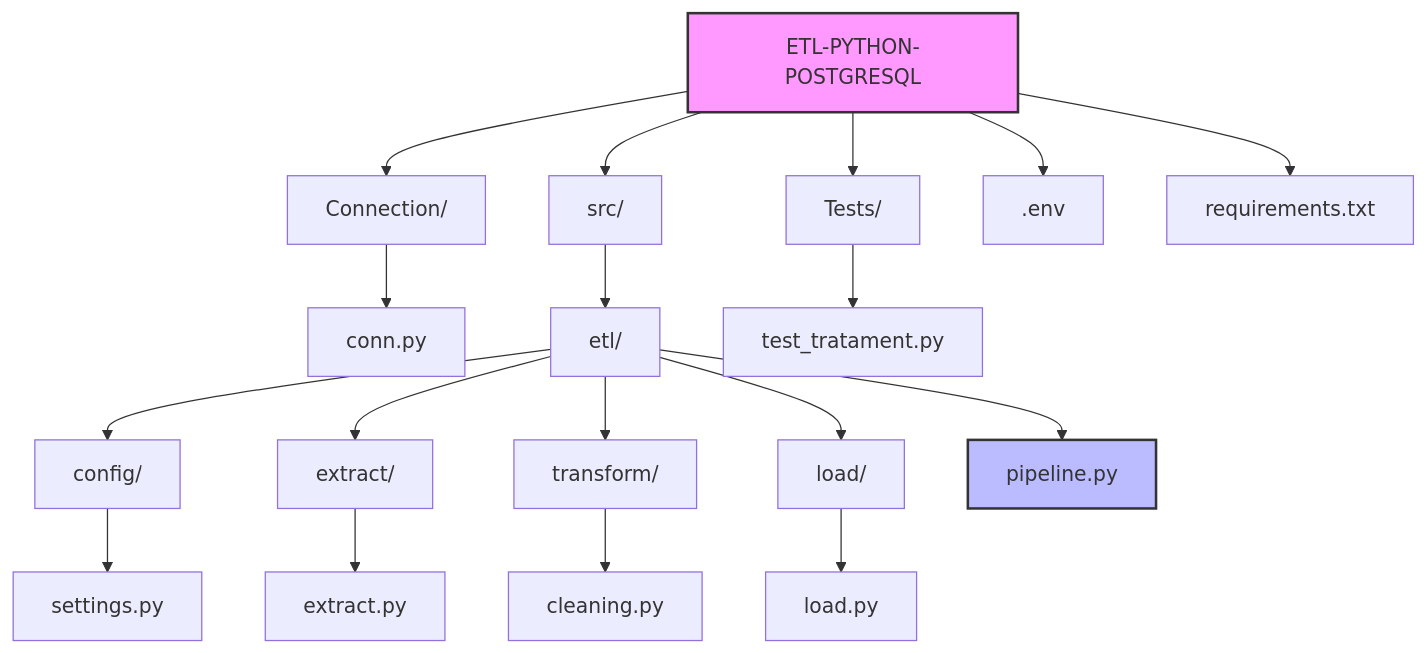
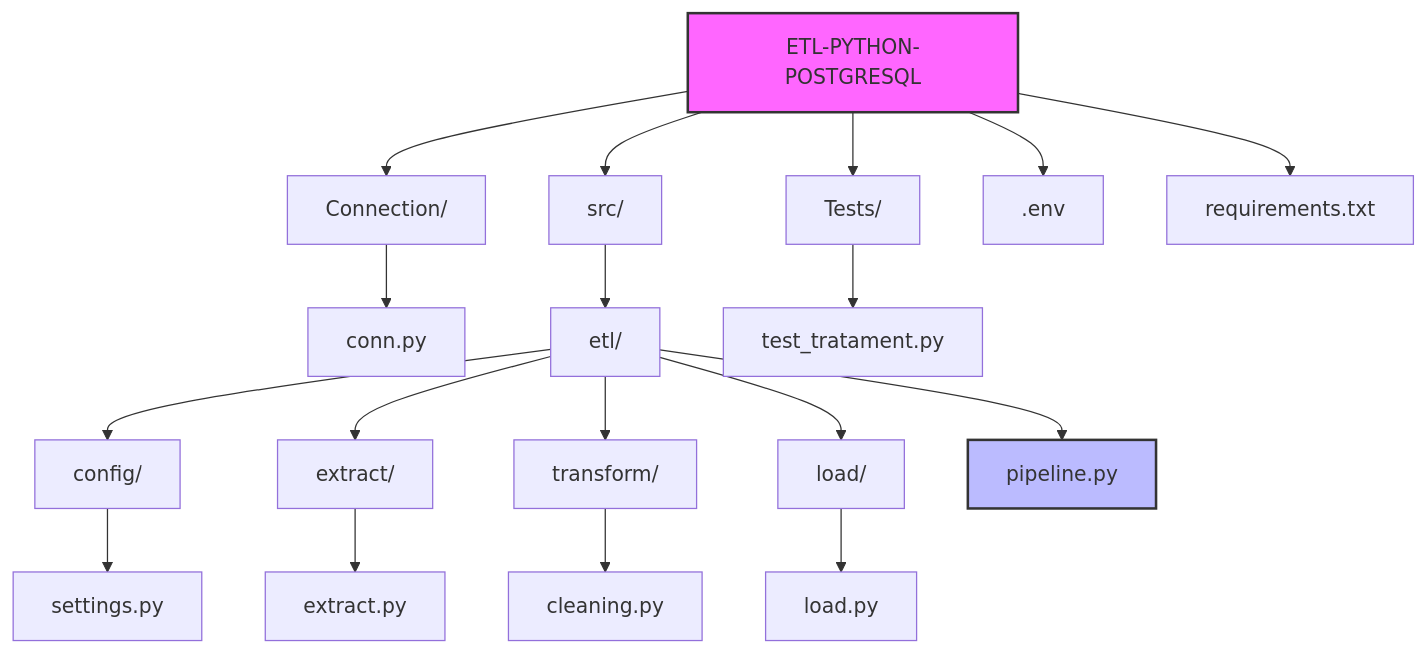
Before and after one commit to Camargokleiton/ETL-Python-PostgreSQL: the diagram in README.md, drawn with Mermaid.

Commit message:
Update color style for Root in README

````diff
--- a/README.md
+++ b/README.md
@@ -9,28 +9,28 @@
 ```mermaid
 graph TD
     Root[ETL-PYTHON-POSTGRESQL] --> Connection[Connection/]
     Root --> Src[src/]
     Root --> Tests[Tests/]
     Root --> Env[.env]
     Root --> Req[requirements.txt]
 
     Connection --> ConnPy[conn.py]
 
     Src --> ETL[etl/]
     ETL --> Config[config/]
     ETL --> Extract[extract/]
     ETL --> Transform[transform/]
     ETL --> Load[load/]
     ETL --> Pipe[pipeline.py]
 
     Config --> Sett[settings.py]
     Extract --> ExtPy[extract.py]
     Transform --> Clean[cleaning.py]
     Load --> LoadPy[load.py]
     
     Tests --> Tst[test_tratament.py]
 
-    style Root fill:#f9f,stroke:#333,stroke-width:2px
+    style Root fill:#f6f,stroke:#333,stroke-width:2px
     style Pipe fill:#bbf,stroke:#333,stroke-width:2px
 
 ```
````
